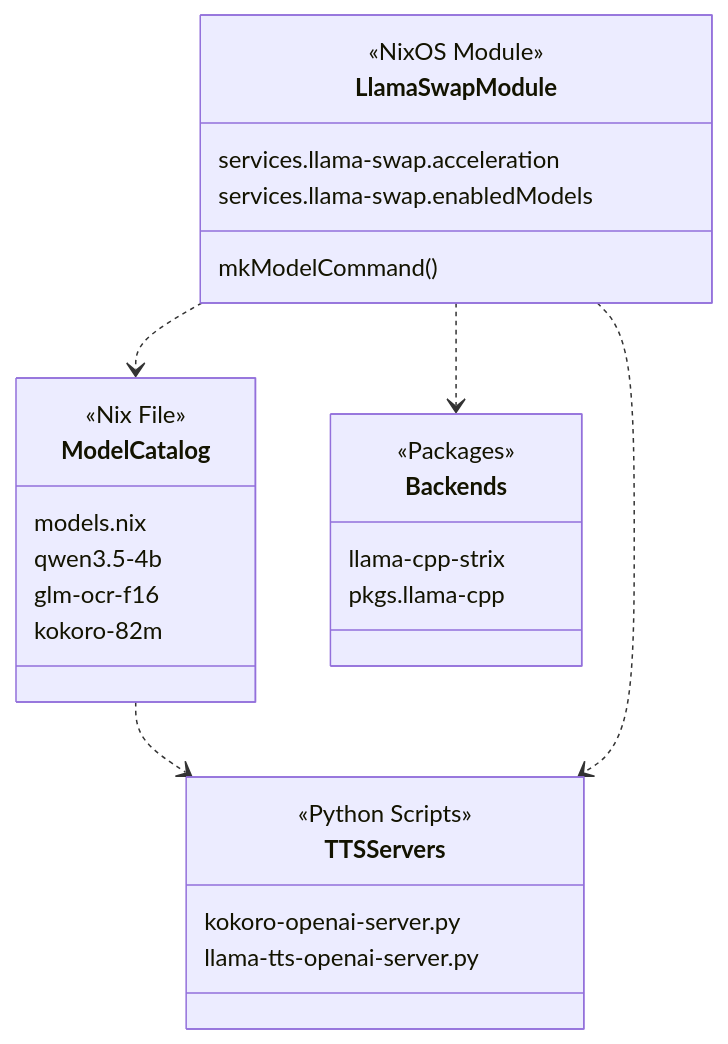
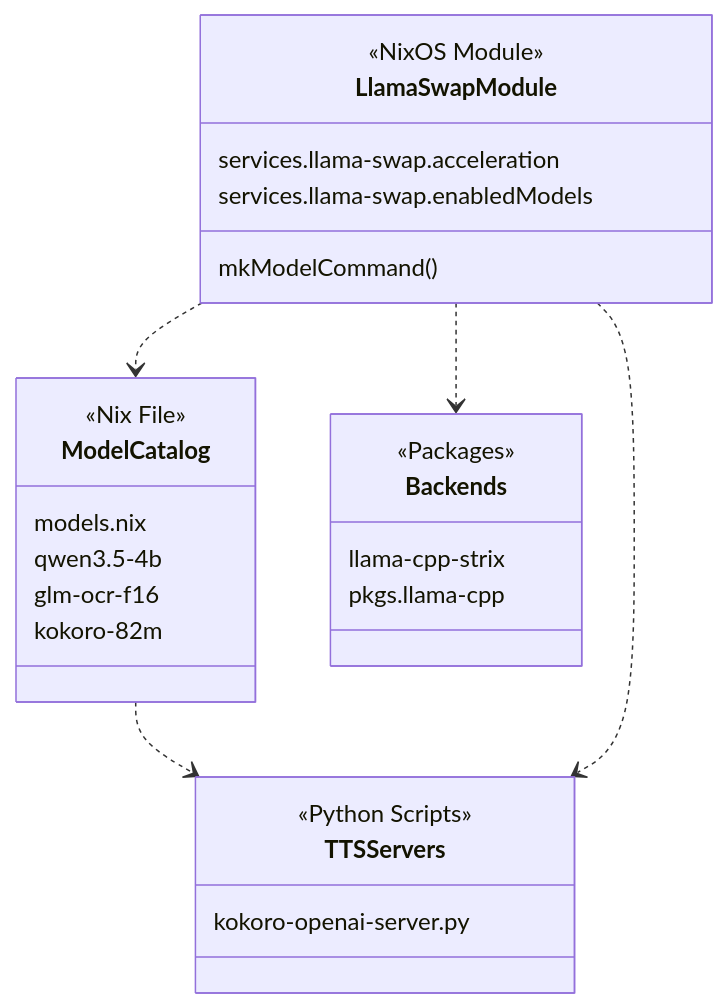
The diagram in docs/llama-swap-LLM-Orchestration-Service.md (Cody-W-Tucker/nix-config), drawn with Mermaid before and after one commit. The commit also changed other lines of this file and 4 other files, not shown here.

````diff
--- a/docs/llama-swap-LLM-Orchestration-Service.md
+++ b/docs/llama-swap-LLM-Orchestration-Service.md
@@ -77,30 +73,29 @@
 ```mermaid
 classDiagram
     class LlamaSwapModule {
         <<NixOS Module>>
         services.llama-swap.acceleration
         services.llama-swap.enabledModels
         mkModelCommand()
     }
     class ModelCatalog {
         <<Nix File>>
         models.nix
         qwen3.5-4b
         glm-ocr-f16
         kokoro-82m
     }
     class TTSServers {
         <<Python Scripts>>
         kokoro-openai-server.py
-        llama-tts-openai-server.py
     }
     class Backends {
         <<Packages>>
         llama-cpp-strix
         pkgs.llama-cpp
     }
     LlamaSwapModule ..> ModelCatalog
     LlamaSwapModule ..> Backends
     ModelCatalog ..> TTSServers
     LlamaSwapModule ..> TTSServers
 ```
````
